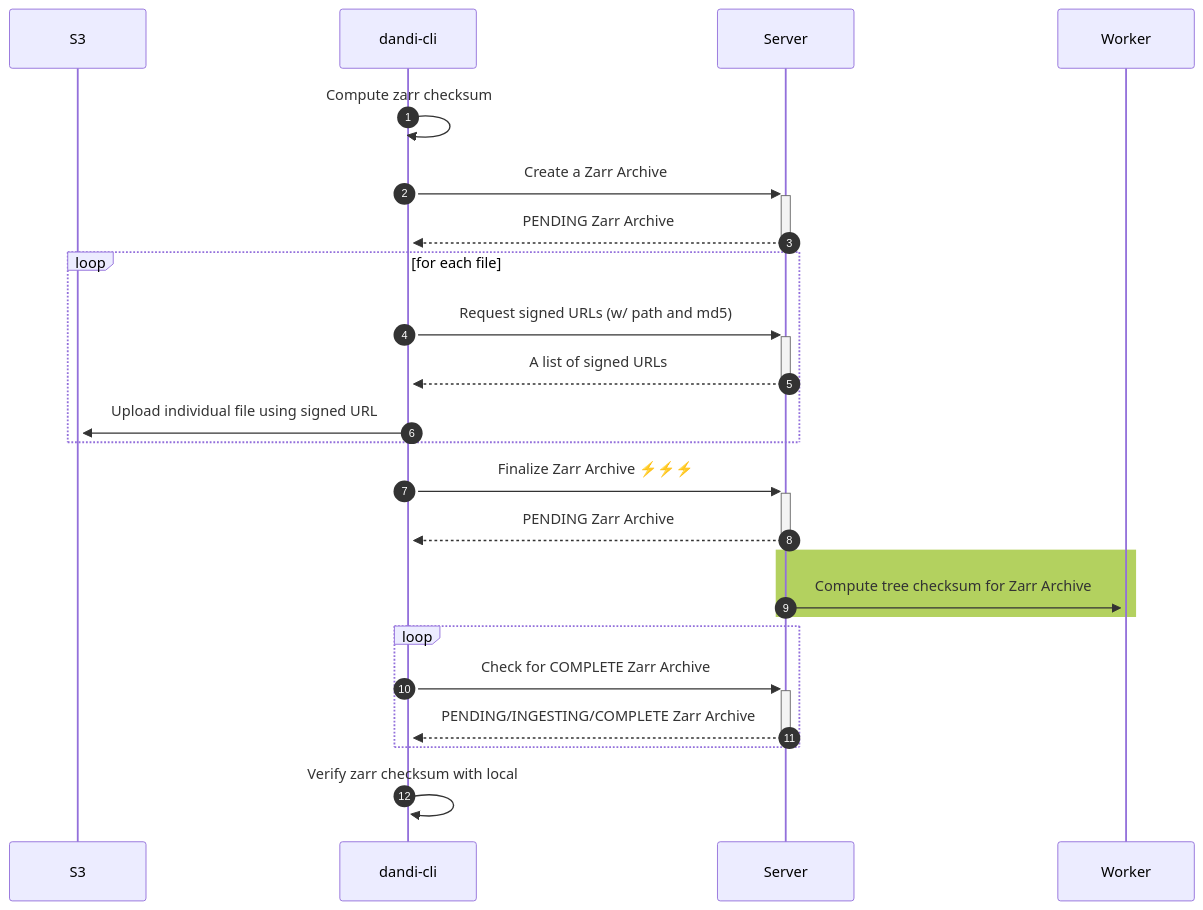
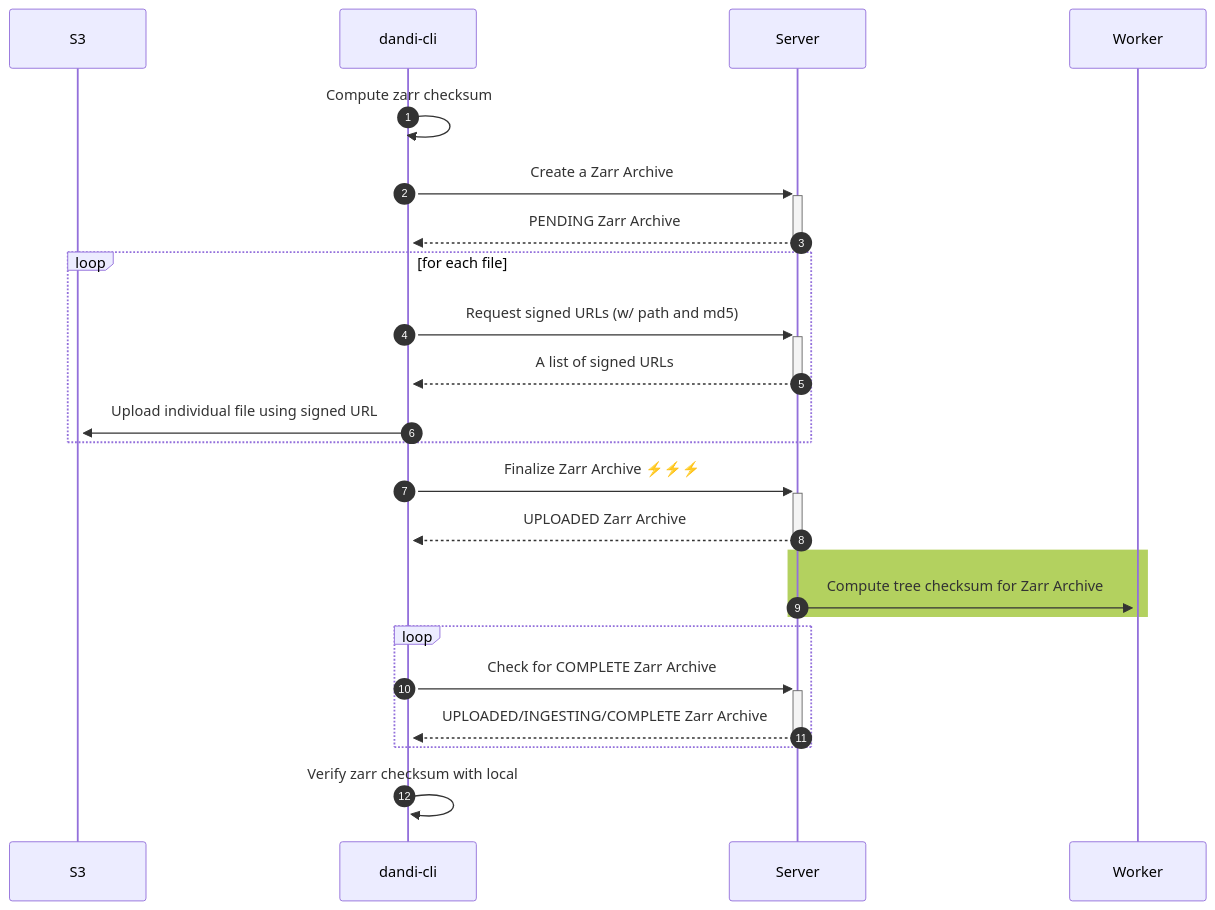
The second of 2 diagrams in doc/design/zarr-performance-redesign.md (dandi/dandi-archive), drawn with Mermaid before and after one commit.

````diff
--- a/doc/design/zarr-performance-redesign.md
+++ b/doc/design/zarr-performance-redesign.md
@@ -88,34 +88,34 @@
 ```mermaid
 sequenceDiagram
     autonumber
 
     participant S3
     participant Client as dandi-cli
     participant Server
     participant Worker
 
     Client->>+Client: Compute zarr checksum
 
     Client->>+Server: Create a Zarr Archive
     Server-->>-Client: PENDING Zarr Archive
 
     loop for each file
         Client->>+Server: Request signed URLs (w/ path and md5)
         Server-->>-Client: A list of signed URLs
         Client->>+S3: Upload individual file using signed URL
     end
 
     Client->>+Server: Finalize Zarr Archive ⚡⚡⚡
-    Server-->>-Client: PENDING Zarr Archive
+    Server-->>-Client: UPLOADED Zarr Archive
 
     rect rgb(179, 209, 95)
         Server->>+Worker: Compute tree checksum for Zarr Archive
     end
 
     loop
         Client->>+Server: Check for COMPLETE Zarr Archive
-        Server-->>-Client: PENDING/INGESTING/COMPLETE Zarr Archive
+        Server-->>-Client: UPLOADED/INGESTING/COMPLETE Zarr Archive
     end
 
     Client->>+Client: Verify zarr checksum with local
 ```
````
